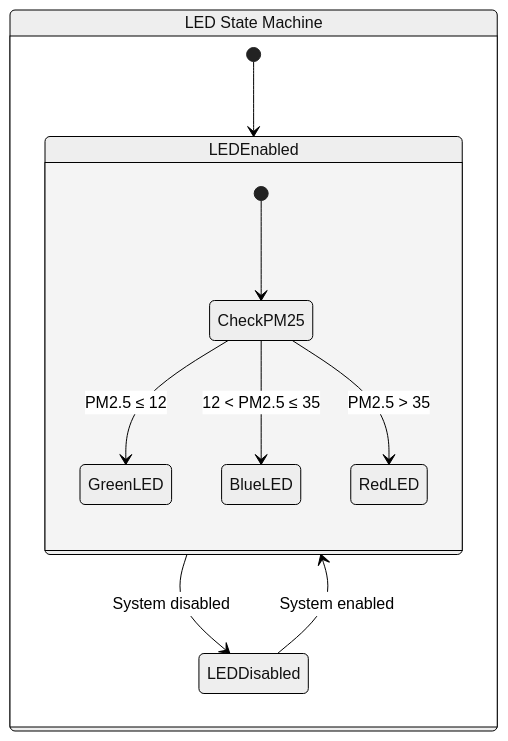
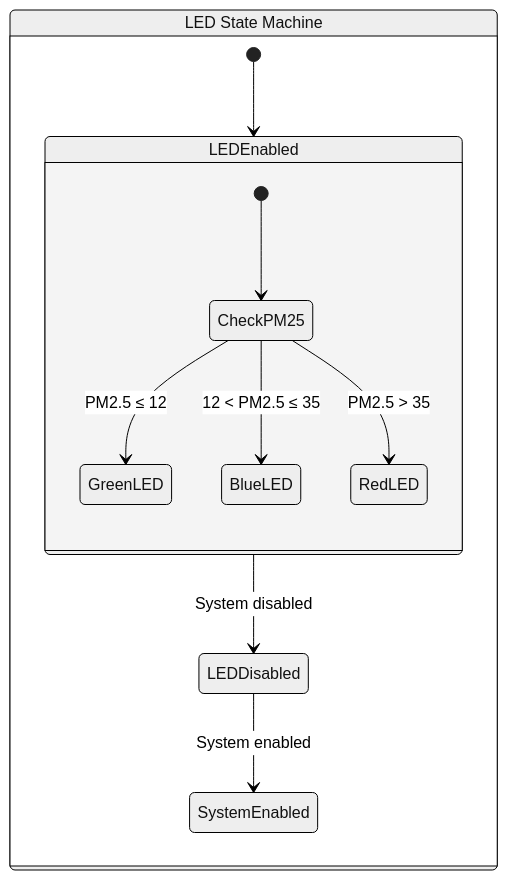
One commit to phukrit7171/esp32_air_purifier changed the fourth of 7 diagrams in README.md. Above: the diagram before and after it, drawn with Mermaid (neutral theme). The commit also changed other lines of this file, not shown here.

First line of the commit message:
docs: update README.md to enhance table of contents and add main control sequence diagram

````diff
--- a/README.md
+++ b/README.md
@@ -149,18 +152,18 @@
 ```mermaid
 stateDiagram-v2
     %% LED Indicator State Machine
     direction LR
     
     state "LED State Machine" as LEDSM {
         [*] --> LEDEnabled
         LEDEnabled --> LEDDisabled : System disabled
-        LEDDisabled --> LEDEnabled : System enabled
+        LEDDisabled --> SystemEnabled : System enabled
         
         state LEDEnabled {
             [*] --> CheckPM25
             CheckPM25 --> GreenLED : PM2.5 ≤ 12
             CheckPM25 --> BlueLED : 12 < PM2.5 ≤ 35
             CheckPM25 --> RedLED : PM2.5 > 35
         }
     }
 ```
````
